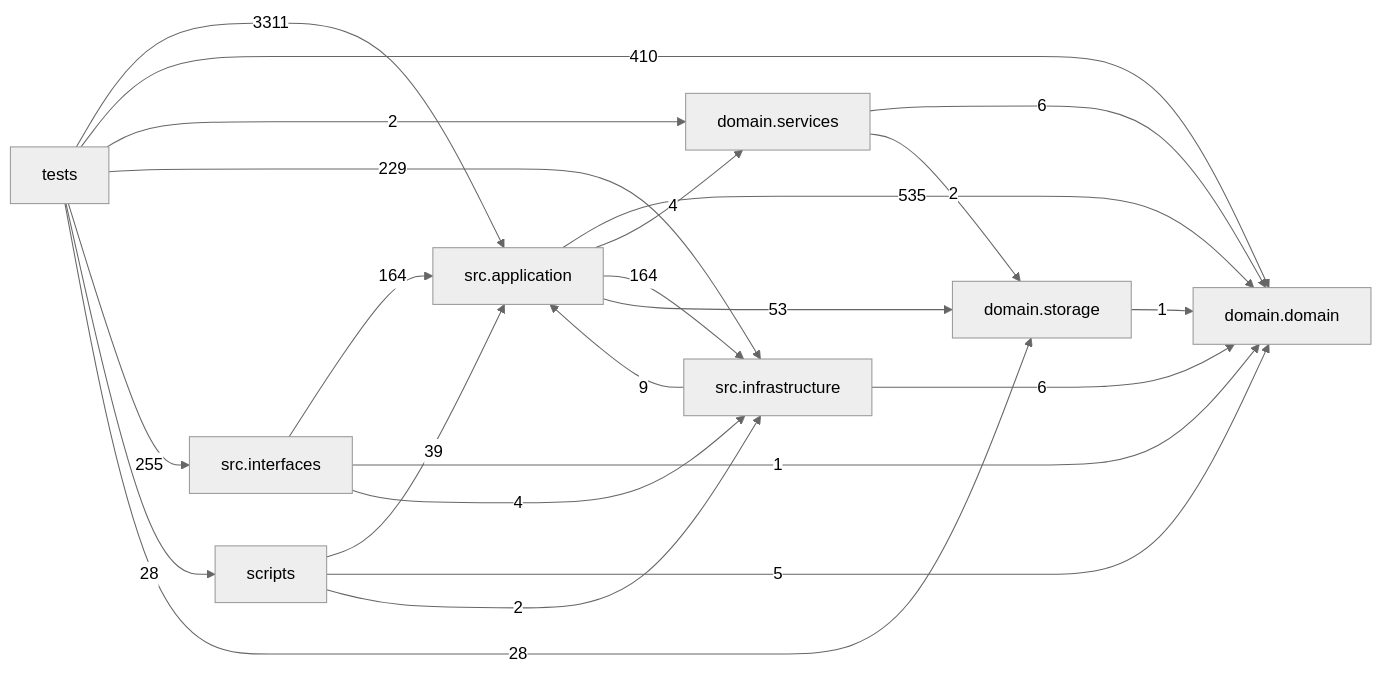
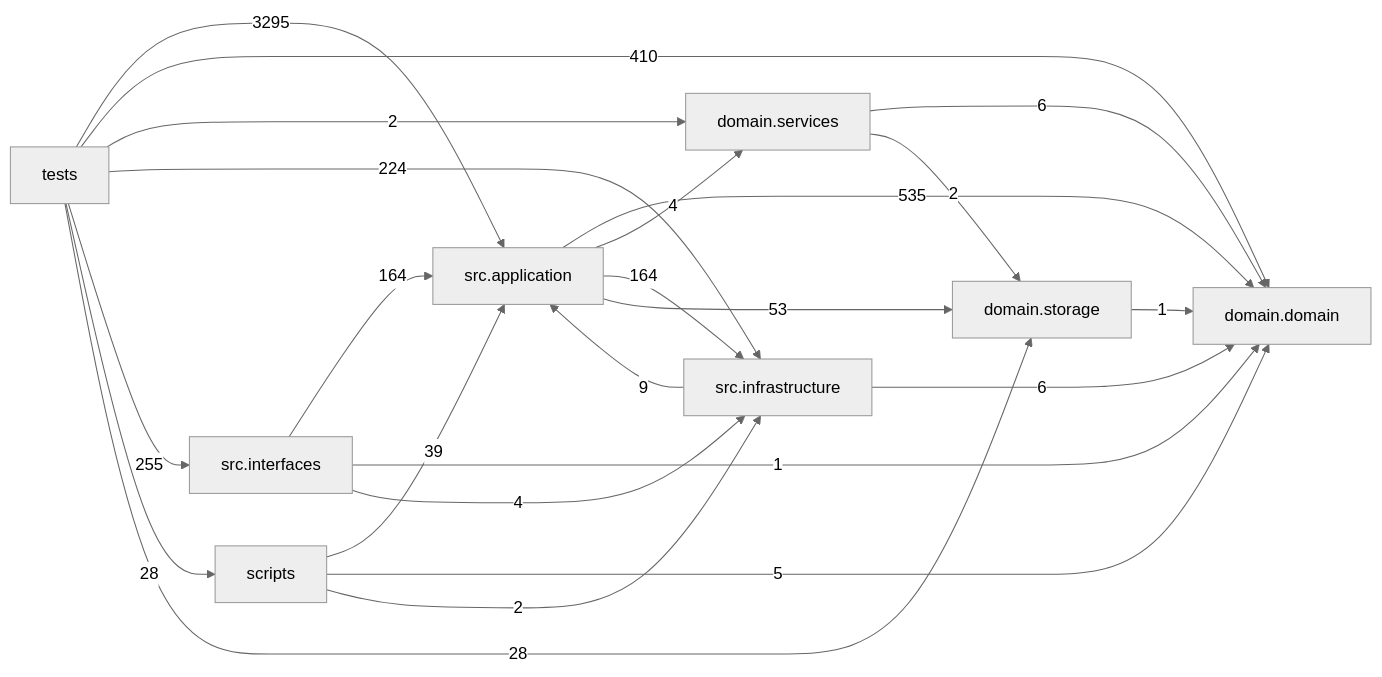
The diagram in docs/DEPENDENCY_GRAPH.md (liuxie066/options-monitor), drawn with Mermaid (neutral theme) before and after one commit. The commit also changed other lines of this file and 20 other files, not shown here.

````diff
--- a/docs/DEPENDENCY_GRAPH.md
+++ b/docs/DEPENDENCY_GRAPH.md
@@ -24,33 +24,33 @@
 ```mermaid
 flowchart LR
   tests["tests"]
   scripts["scripts"]
   interfaces["src.interfaces"]
   application["src.application"]
   infrastructure["src.infrastructure"]
   domain_services["domain.services"]
   domain["domain.domain"]
   storage["domain.storage"]
   application -->|535| domain
   application -->|4| domain_services
   application -->|164| infrastructure
   application -->|53| storage
   domain_services -->|6| domain
   domain_services -->|2| storage
   infrastructure -->|9| application
   infrastructure -->|6| domain
   interfaces -->|164| application
   interfaces -->|1| domain
   interfaces -->|4| infrastructure
   scripts -->|39| application
   scripts -->|5| domain
   scripts -->|2| infrastructure
   storage -->|1| domain
-  tests -->|3311| application
+  tests -->|3295| application
   tests -->|410| domain
   tests -->|2| domain_services
-  tests -->|229| infrastructure
+  tests -->|224| infrastructure
   tests -->|255| interfaces
   tests -->|28| scripts
   tests -->|28| storage
 ```
````
